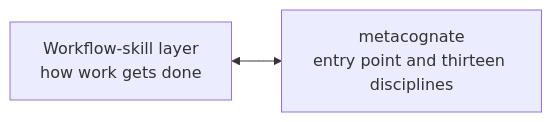
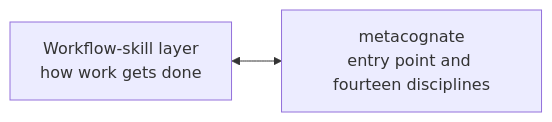
Before and after one commit to ZMS-Labs/epistemic-skills: the first of 2 diagrams in README.md, drawn with Mermaid. The commit also changed other lines of this file and 11 other files, not shown here.

````diff
--- a/README.md
+++ b/README.md
@@ -107,4 +107,4 @@
 ```mermaid
 flowchart LR
-    W["Workflow-skill layer<br/>how work gets done"] <--> M["metacognate<br/>entry point and thirteen disciplines"]
+    W["Workflow-skill layer<br/>how work gets done"] <--> M["metacognate<br/>entry point and fourteen disciplines"]
 ```
````
